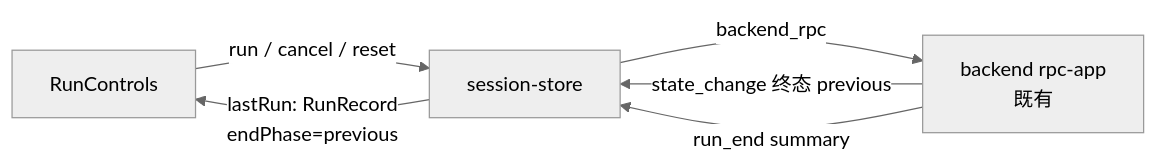
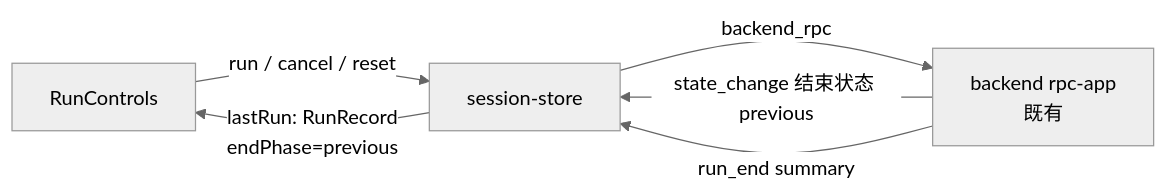
The diagram in docs/plan/records/P4-06.md (owent/xresconv-gui), drawn with Mermaid (neutral theme) before and after one commit. The commit also changed other lines of this file and 91 other files, not shown here.

````diff
--- a/docs/plan/records/P4-06.md
+++ b/docs/plan/records/P4-06.md
@@ -18,8 +18,8 @@
 ```mermaid
 flowchart LR
   rc[RunControls] -->|run / cancel / reset| store[session-store]
   store -->|backend_rpc| be[backend rpc-app<br/>既有]
-  be -->|state_change 终态 previous| store
+  be -->|state_change 结束状态 previous| store
   be -->|run_end summary| store
   store -->|lastRun: RunRecord<br/>endPhase=previous| rc
 ```
````
